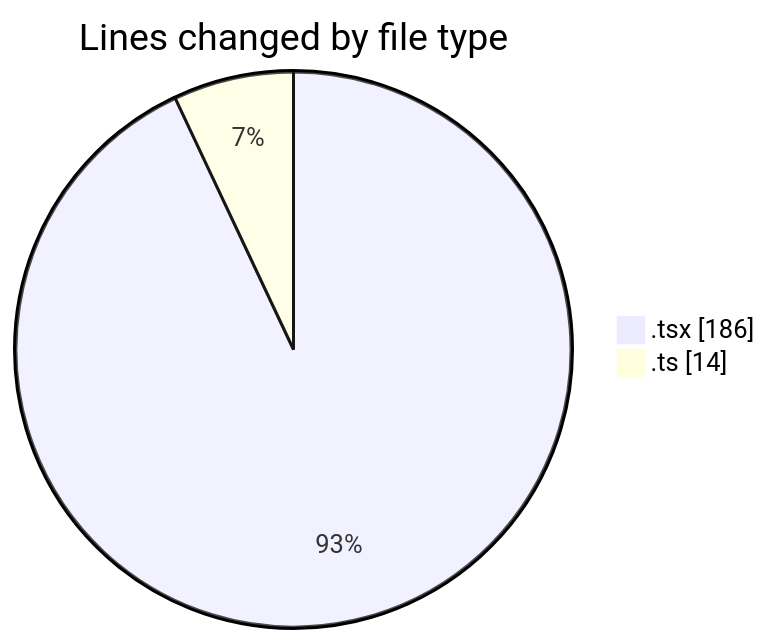
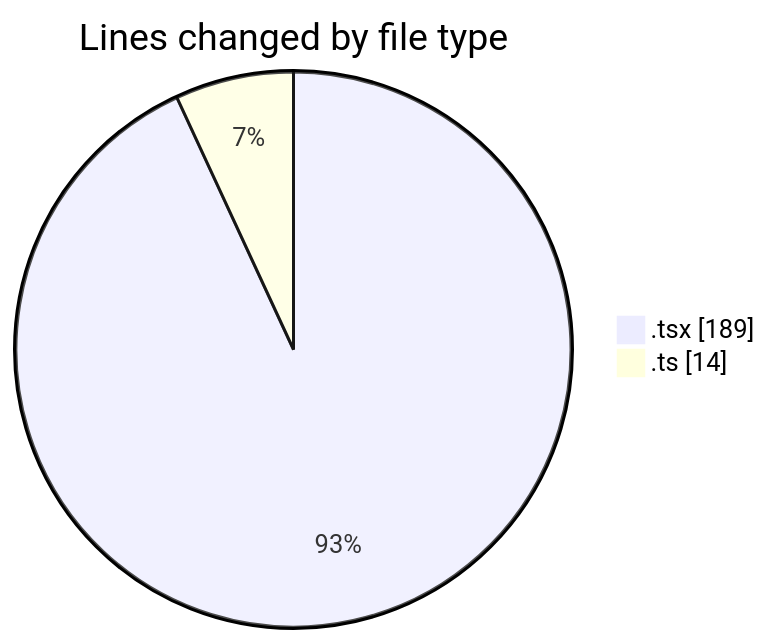
Before and after one commit to robertbonfada/code-tracking: the first of 2 diagrams in 2025-01-10/mbc-web/README.md, drawn with Mermaid. The commit also changed other lines of this file and 1 other file, not shown here.

````diff
--- a/2025-01-10/mbc-web/README.md
+++ b/2025-01-10/mbc-web/README.md
@@ -23,6 +23,6 @@
 ```mermaid
 pie showData
 title Lines changed by file type
-".tsx" : 186
+".tsx" : 189
 ".ts" : 14
 ```
````
